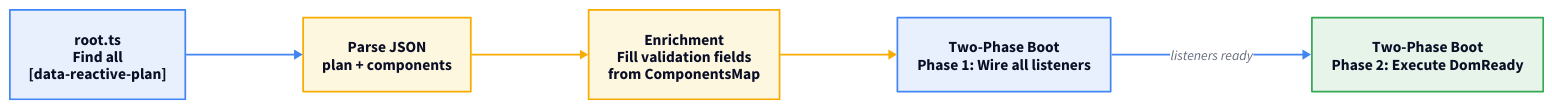
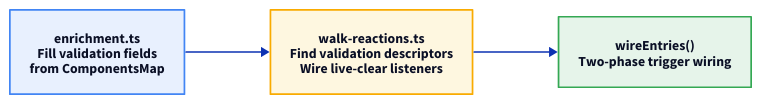
The first of 5 diagrams in docs-site/src/content/docs/architecture/runtime.mdx (marafiq/alis-reactive), drawn with D2 before and after one commit. The commit also changed other lines of this file and 5 other files, not shown here.

````diff
--- a/docs-site/src/content/docs/architecture/runtime.mdx
+++ b/docs-site/src/content/docs/architecture/runtime.mdx
@@ -41,47 +45,24 @@
 ```d2
 direction: right
 
-discover: "root.ts\nFind all\n[data-reactive-plan]" {
+enrich: "enrichment.ts\nFill validation fields\nfrom ComponentsMap" {
   shape: rectangle
   style.fill: "#e8f0fe"
   style.stroke: "#4285f4"
-  style.font-size: 18
+  style.font-size: 16
 }
-parse: "Parse JSON\nplan + components" {
+validation: "walk-reactions.ts\nFind validation descriptors\nWire live-clear listeners" {
   shape: rectangle
   style.fill: "#fef7e0"
   style.stroke: "#f9ab00"
-  style.font-size: 18
+  style.font-size: 16
 }
-enrich: "Enrichment\nFill validation fields\nfrom ComponentsMap" {
-  shape: rectangle
-  style.fill: "#fef7e0"
-  style.stroke: "#f9ab00"
-  style.font-size: 18
-}
-phase1: "Two-Phase Boot\nPhase 1: Wire all listeners" {
-  shape: rectangle
-  style.fill: "#e8f0fe"
-  style.stroke: "#4285f4"
-  style.font-size: 18
-}
-phase2: "Two-Phase Boot\nPhase 2: Execute DomReady" {
+wire: "wireEntries()\nTwo-phase trigger wiring" {
   shape: rectangle
   style.fill: "#e6f4ea"
   style.stroke: "#34a853"
-  style.font-size: 18
+  style.font-size: 16
 }
 
-discover -> parse {
-  style.stroke: "#4285f4"
-}
-parse -> enrich {
-  style.stroke: "#f9ab00"
-}
-enrich -> phase1 {
-  style.stroke: "#f9ab00"
-}
-phase1 -> phase2: listeners ready {
-  style.stroke: "#4285f4"
-}
+enrich -> validation -> wire
 ```
````
